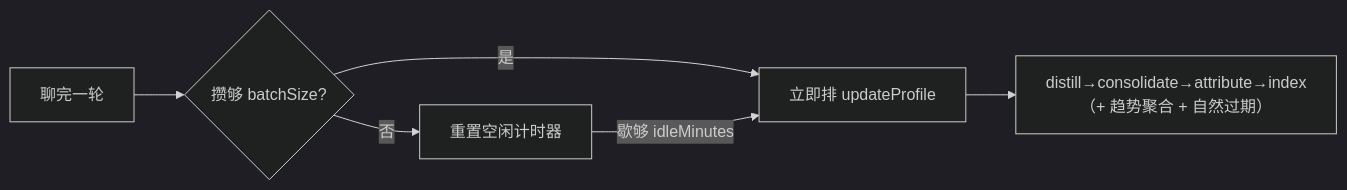
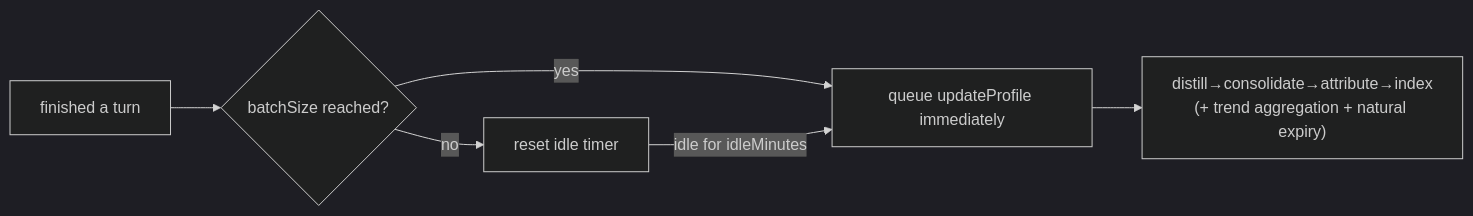
The third of 4 diagrams in docs/architecture.md (kestercarroll702-gif/memoweft), drawn with Mermaid (dark theme) before and after one commit. The commit also changed other lines of this file and 1 other file, not shown here.

First line of the commit message:
docs(architecture): 英文化 architecture（英文主 + 中文 .zh-CN 降级同步）

````diff
--- a/docs/architecture.md
+++ b/docs/architecture.md
@@ -233,8 +235,8 @@
 ```mermaid
 flowchart LR
-  M["聊完一轮"] --> C{"攒够 batchSize?"}
-  C -->|是| U["立即排 updateProfile"]
-  C -->|否| T["重置空闲计时器"]
-  T -->|"歇够 idleMinutes"| U
-  U --> BG["distill→consolidate→attribute→index<br/>（+ 趋势聚合 + 自然过期）"]
+  M["finished a turn"] --> C{"batchSize reached?"}
+  C -->|yes| U["queue updateProfile immediately"]
+  C -->|no| T["reset idle timer"]
+  T -->|"idle for idleMinutes"| U
+  U --> BG["distill→consolidate→attribute→index<br/>(+ trend aggregation + natural expiry)"]
 ```
````
